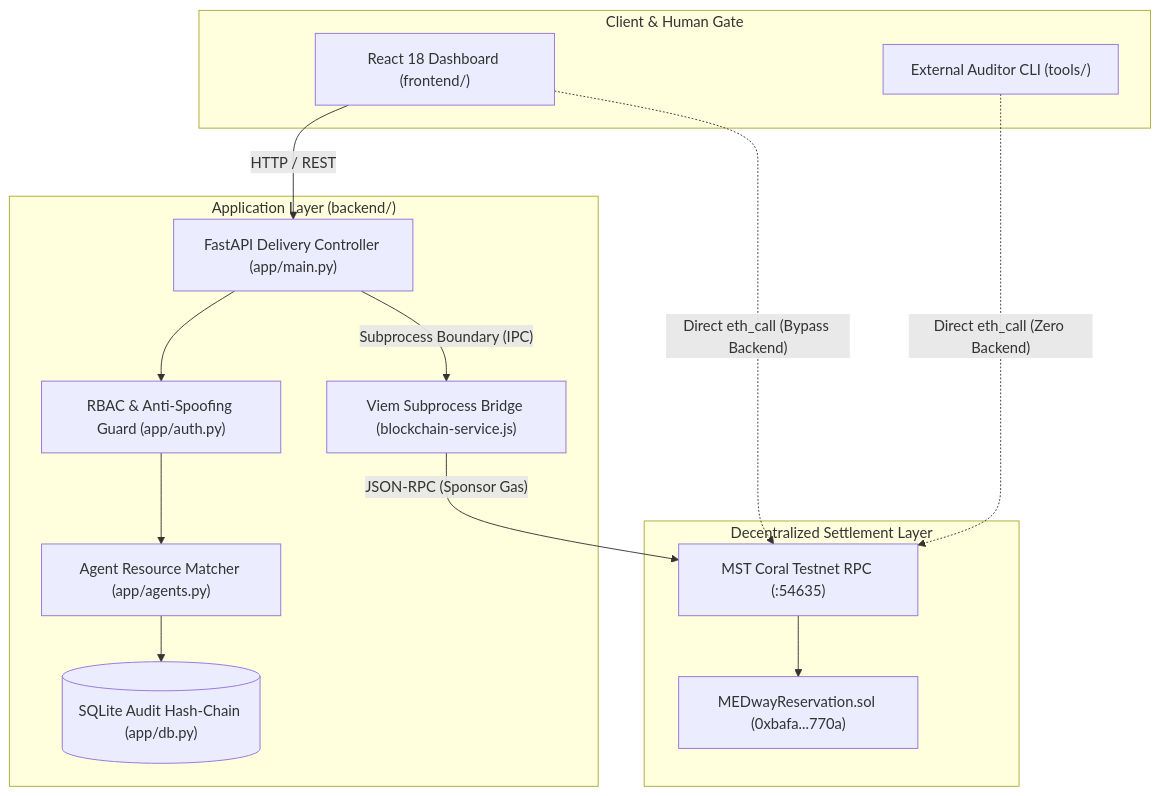
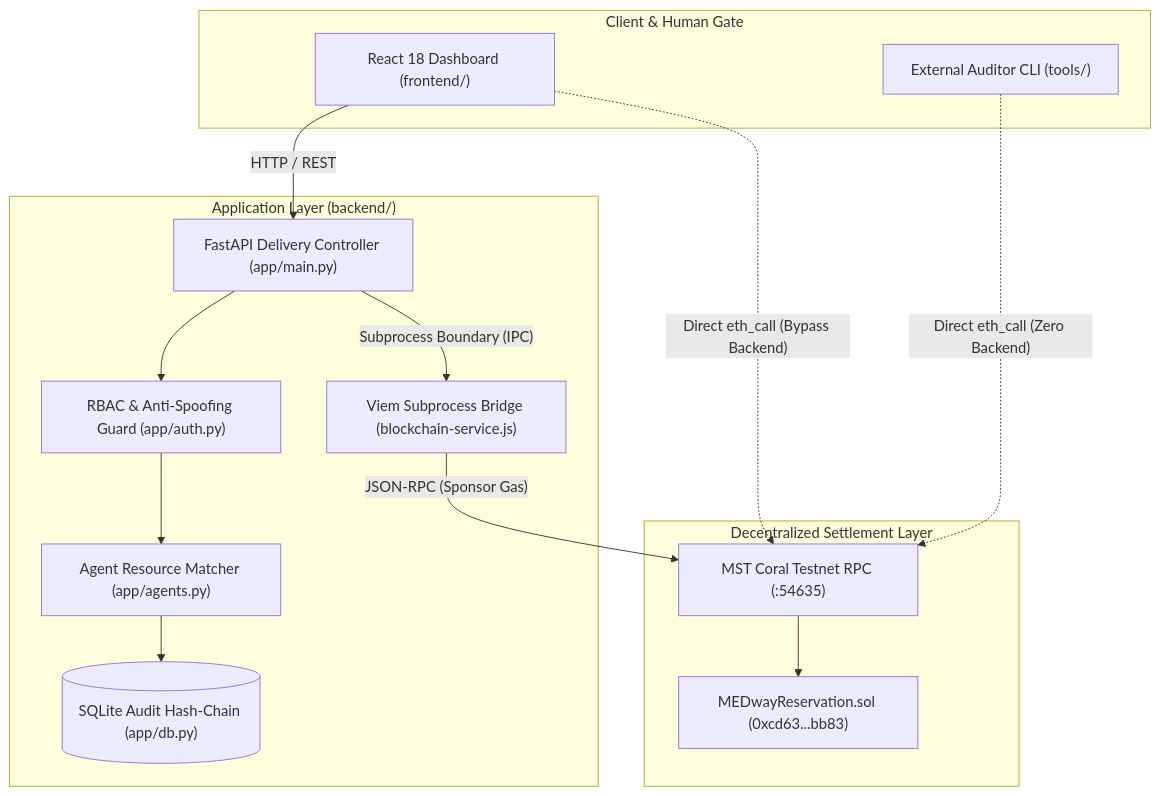
One commit to omkar0075/blockchain changed the fourth of 4 diagrams in README.md. Above: the diagram before and after it, drawn with Mermaid. The commit also changed other lines of this file and 9 other files, not shown here.

````diff
--- a/README.md
+++ b/README.md
@@ -301,32 +302,32 @@
 ```mermaid
 flowchart TD
     subgraph Client ["Client & Human Gate"]
         UI["React 18 Dashboard (frontend/)"]
         Auditor["External Auditor CLI (tools/)"]
     end
 
     subgraph Backend ["Application Layer (backend/)"]
         API["FastAPI Delivery Controller (app/main.py)"]
         Auth["RBAC & Anti-Spoofing Guard (app/auth.py)"]
         Domain["Agent Resource Matcher (app/agents.py)"]
         DB[("SQLite Audit Hash-Chain (app/db.py)")]
         Bridge["Viem Subprocess Bridge (blockchain-service.js)"]
     end
 
     subgraph Blockchain ["Decentralized Settlement Layer"]
         CoralRPC["MST Coral Testnet RPC (:54635)"]
-        Contract["MEDwayReservation.sol (0xbafa...770a)"]
+        Contract["MEDwayReservation.sol (0xcd63...bb83)"]
     end
 
     UI -->|"HTTP / REST"| API
     API --> Auth
     Auth --> Domain
     Domain --> DB
     API -->|"Subprocess Boundary (IPC)"| Bridge
     Bridge -->|"JSON-RPC (Sponsor Gas)"| CoralRPC
     CoralRPC --> Contract
 
     %% Trustless Verification Path bypassing backend
     UI -.->|"Direct eth_call (Bypass Backend)"| CoralRPC
     Auditor -.->|"Direct eth_call (Zero Backend)"| CoralRPC
 ```
````
